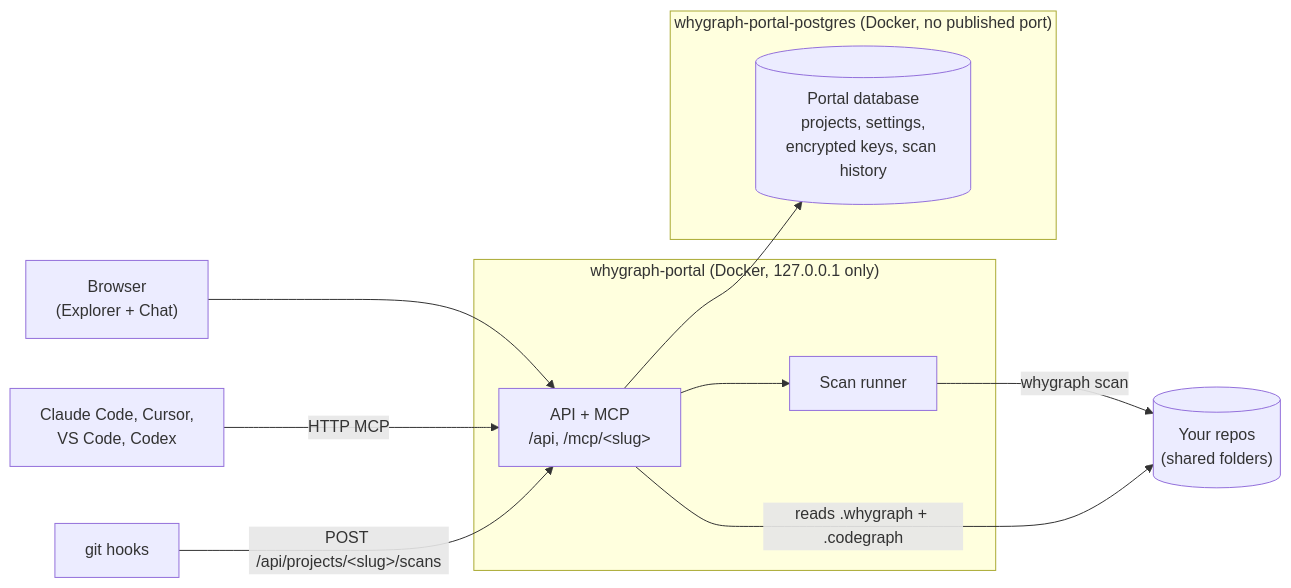
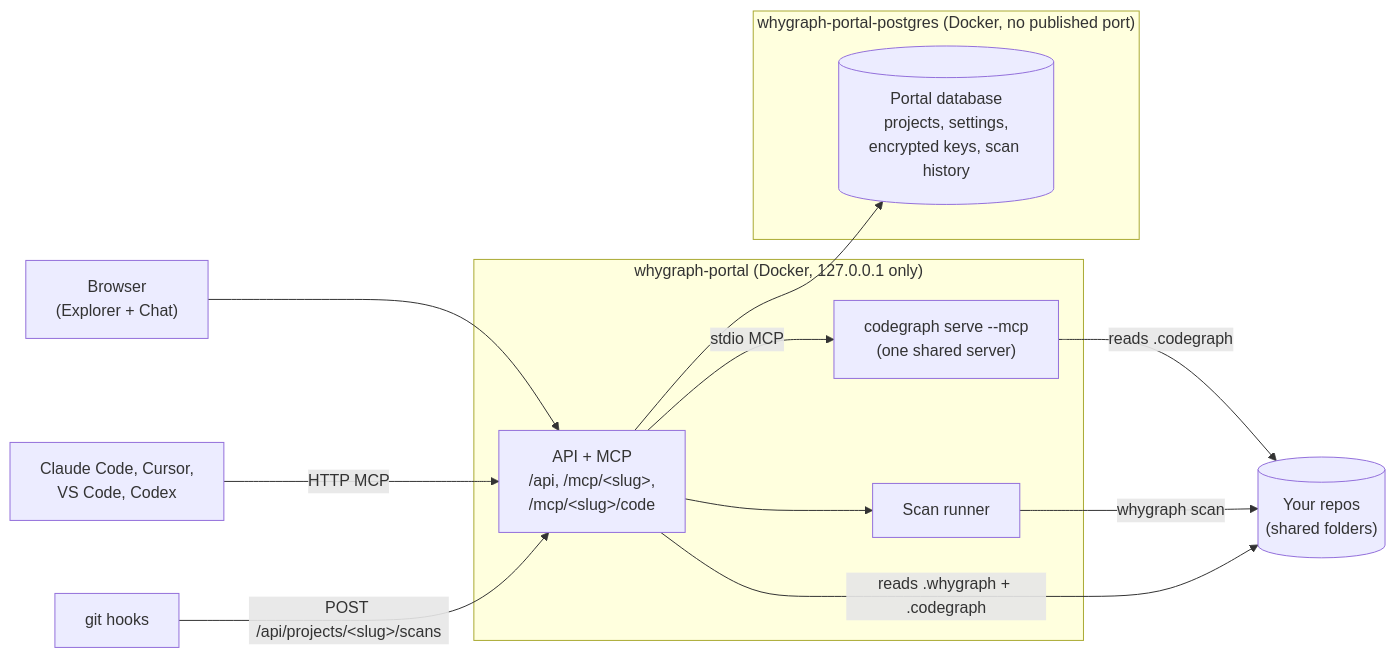
Before and after one commit to mtrdesign/whygraph: the diagram in docs/portal/index.md, drawn with Mermaid. The commit also changed other lines of this file and 144 other files, not shown here.

First line of the commit message:
Host CodeGraph's MCP server in the portal (#66)

````diff
--- a/docs/portal/index.md
+++ b/docs/portal/index.md
@@ -12,21 +12,24 @@
 ```mermaid
 flowchart LR
     browser["Browser<br/>(Explorer + Chat)"]
     agents["Claude Code, Cursor,<br/>VS Code, Codex"]
     subgraph portal["whygraph-portal (Docker, 127.0.0.1 only)"]
-        api["API + MCP<br/>/api, /mcp/&lt;slug&gt;"]
+        api["API + MCP<br/>/api, /mcp/&lt;slug&gt;,<br/>/mcp/&lt;slug&gt;/code"]
         runner["Scan runner"]
+        cg["codegraph serve --mcp<br/>(one shared server)"]
     end
     subgraph pg["whygraph-portal-postgres (Docker, no published port)"]
         db[("Portal database<br/>projects, settings,<br/>encrypted keys, scan history")]
     end
     repos[("Your repos<br/>(shared folders)")]
 
     browser --> api
     agents -- "HTTP MCP" --> api
     api --> db
     api --> runner
+    api -- "stdio MCP" --> cg
+    cg -- "reads .codegraph" --> repos
     runner -- "whygraph scan" --> repos
     api -- "reads .whygraph + .codegraph" --> repos
     hooks["git hooks"] -- "POST /api/projects/&lt;slug&gt;/scans" --> api
 ```
````
